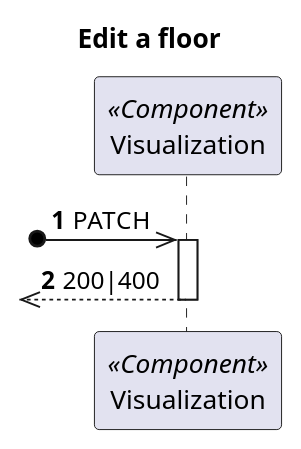
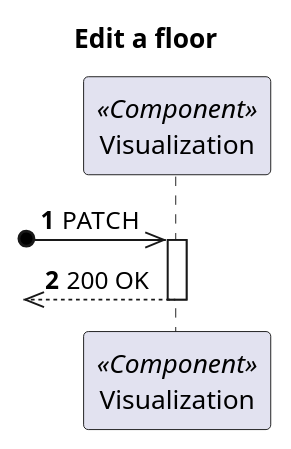
Before and after one commit to 1210910/lapr5: the diagram in docs/VistaProcesso/US200/Information Manager/ProcessView_Level2_US200.puml, drawn with PlantUML. The commit also changed 3 other files, not shown here.

```diff
--- a/docs/VistaProcesso/US200/Information Manager/ProcessView_Level2_US200.puml
+++ b/docs/VistaProcesso/US200/Information Manager/ProcessView_Level2_US200.puml
@@ -1,17 +1,17 @@
 @startuml
 'https://plantuml.com/sequence-diagram
 
 autonumber
 
 skinparam packageStyle rect
 
 title Edit a floor
 
 participant "Visualization" as MD <<Component>>
 
 ?o->> MD : PATCH
 
 activate MD
-?o<<-- MD : 200|400
+?o<<-- MD : 200 OK
 deactivate MD
 @enduml
```
